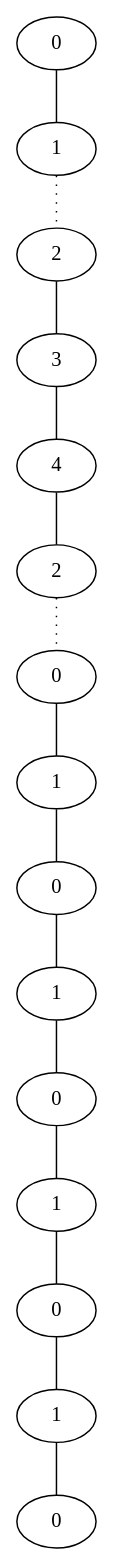
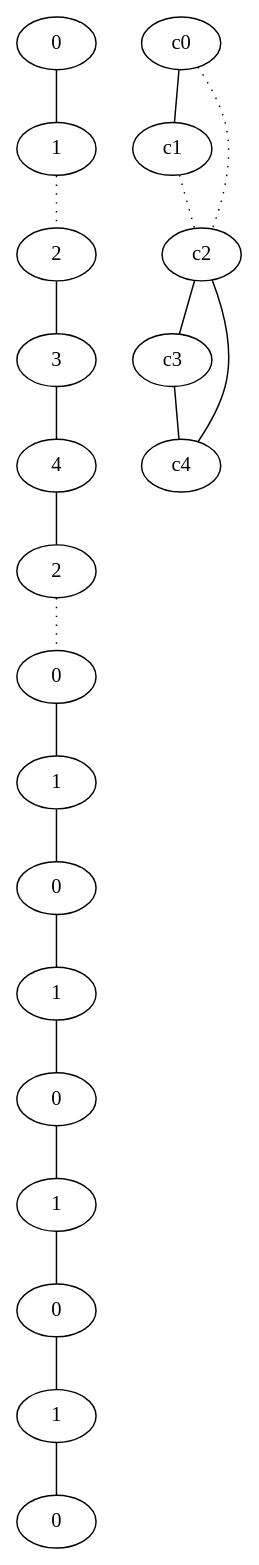
The diagram in TestPathsfactorised/result/dot/3starpath_15_5_tc_0_0_14.dot (d1laj/Stage-M2), drawn with Graphviz before and after one commit. The commit also changed 7499 other files, not shown here.

```diff
--- a/TestPathsfactorised/result/dot/3starpath_15_5_tc_0_0_14.dot
+++ b/TestPathsfactorised/result/dot/3starpath_15_5_tc_0_0_14.dot
@@ -1,31 +1,37 @@
 graph {
 a0[label=0];
 a1[label=1];
 a2[label=2];
 a3[label=3];
 a4[label=4];
 a5[label=2];
 a6[label=0];
 a7[label=1];
 a8[label=0];
 a9[label=1];
 a10[label=0];
 a11[label=1];
 a12[label=0];
 a13[label=1];
 a14[label=0];
 a0 -- a1;
 a1 -- a2 [style=dotted];
 a2 -- a3;
 a3 -- a4;
 a4 -- a5;
 a5 -- a6 [style=dotted];
 a6 -- a7;
 a7 -- a8;
 a8 -- a9;
 a9 -- a10;
 a10 -- a11;
 a11 -- a12;
 a12 -- a13;
 a13 -- a14;
+c0 -- c1;
+c0 -- c2 [style=dotted];
+c1 -- c2 [style=dotted];
+c2 -- c3;
+c2 -- c4;
+c3 -- c4;
 }
```
